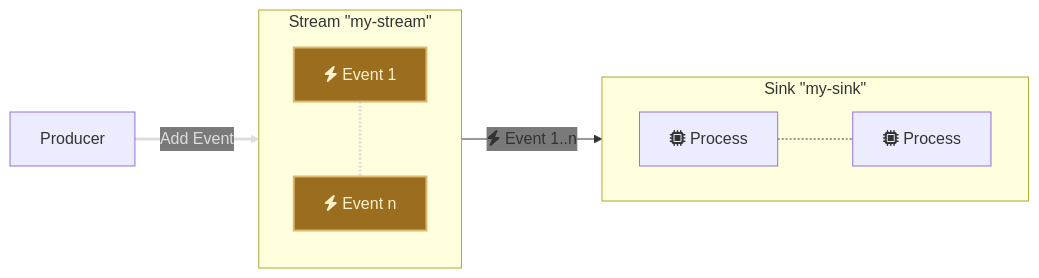
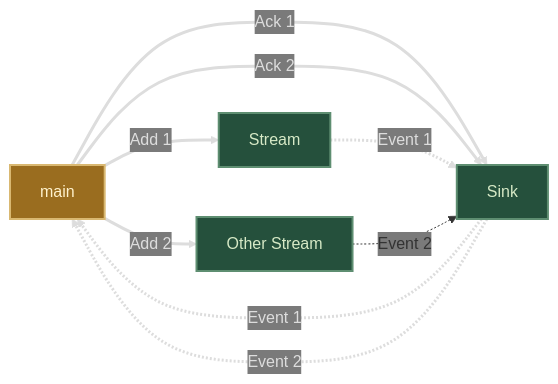
One commit to goadesign/pulse changed the fifth of 6 diagrams in streaming/README.md. Above: the diagram before and after it, drawn with Mermaid. The commit also changed other lines of this file and 6 other files, not shown here.

````diff
--- a/streaming/README.md
+++ b/streaming/README.md
@@ -103,23 +147,26 @@
 ```mermaid
 %%{init: {'themeVariables': { 'edgeLabelBackground': '#7A7A7A'}}}%%
 flowchart LR
-    Producer-->|Add Event|Stream
-    subgraph Stream ["Stream #quot;my-stream#quot;"]
-        direction TB
-        A[fa:fa-bolt Event 1]-.-B[fa:fa-bolt Event n]
-    end
-    subgraph Sink1 ["Sink #quot;my-sink#quot;"]
-        direction LR
-        C[fa:fa-microchip Process]-.-D[fa:fa-microchip Process]
-    end
-    Stream -->|fa:fa-bolt Event 1..n|Sink1
+    main-->|Add 1|Stream
+    main-->|Add 2|Stream2[Other Stream]
+    Sink-.->|Event 1|main
+    Sink-.->|Event 2|main
+    main-->|Ack 1|Sink
+    main-->|Ack 2|Sink
+    Stream-.->|Event 1|Sink
+    Stream2-.->|Event 2|Sink
 
     classDef userCode fill:#9A6D1F, stroke:#D9B871, stroke-width:2px, color:#FFF2CC;
     classDef ponos fill:#25503C, stroke:#5E8E71, stroke-width:2px, color:#D6E9C6;
 
-    class A,B userCode;
-    class Map ponos;
+    class main userCode;
+    class Stream,Stream2,Sink ponos;
 
     linkStyle 0 stroke:#DDDDDD,color:#DDDDDD,stroke-width:3px;
     linkStyle 1 stroke:#DDDDDD,color:#DDDDDD,stroke-width:3px;
+    linkStyle 2 stroke:#DDDDDD,color:#DDDDDD,stroke-width:3px;
+    linkStyle 3 stroke:#DDDDDD,color:#DDDDDD,stroke-width:3px;
+    linkStyle 4 stroke:#DDDDDD,color:#DDDDDD,stroke-width:3px;
+    linkStyle 5 stroke:#DDDDDD,color:#DDDDDD,stroke-width:3px;
+    linkStyle 6 stroke:#DDDDDD,color:#DDDDDD,stroke-width:3px;
 ```
````
